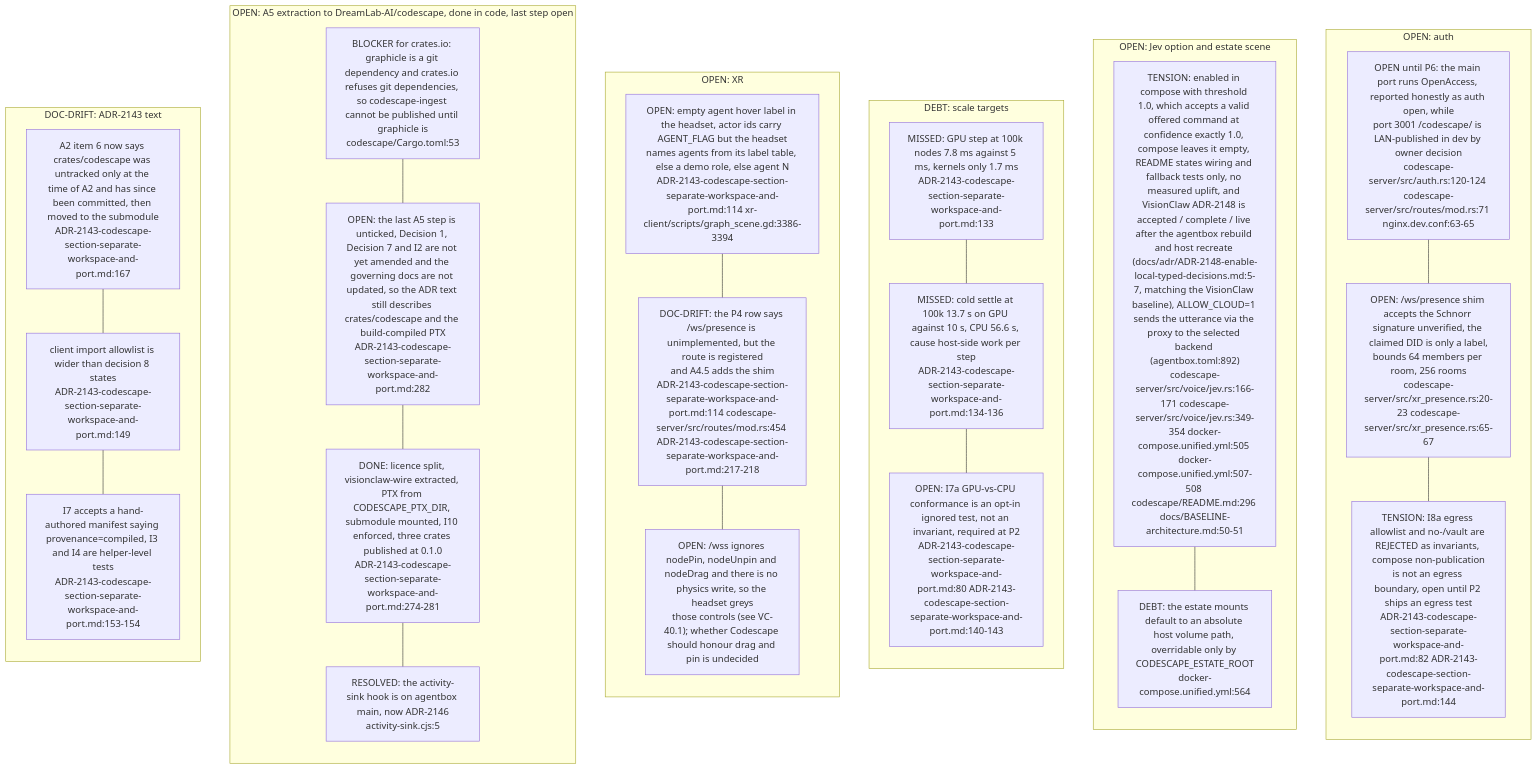
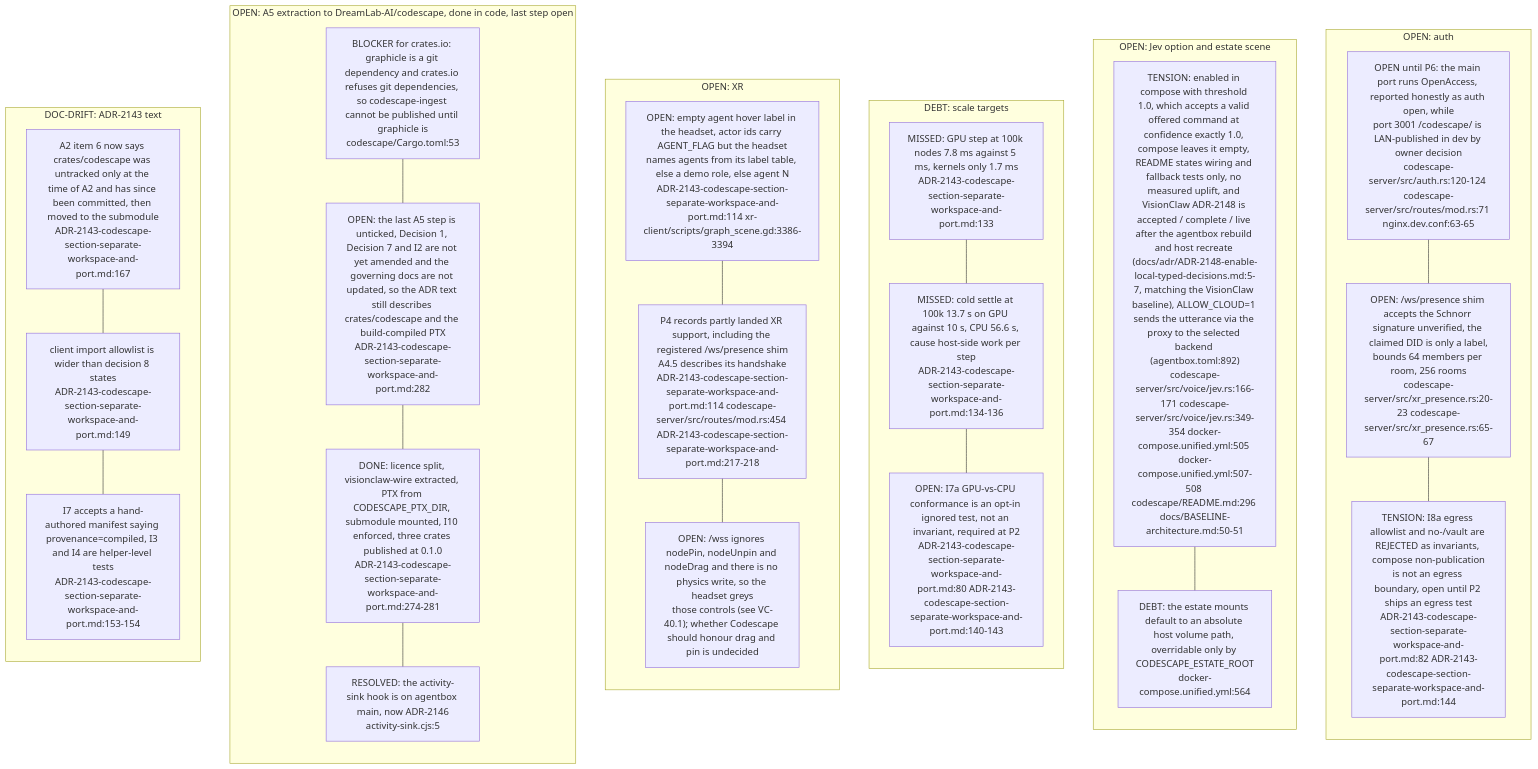
One commit to DreamLab-AI/VisionFlow changed the seventh of 7 diagrams in docs/diagrams/visionclaw/39-codescape.md. Above: the diagram before and after it, drawn with Mermaid. The commit also changed 21 other files, not shown here.

Commit message:
docs: audit Codescape presence and concurrent XR boundaries

````diff
--- a/docs/diagrams/visionclaw/39-codescape.md
+++ b/docs/diagrams/visionclaw/39-codescape.md
@@ -337,45 +337,45 @@
 ```mermaid
 flowchart TB
     subgraph SEC["OPEN: auth"]
         direction TB
         R1["OPEN until P6: the main port runs OpenAccess, reported honestly as auth open, while<br/>port 3001 /codescape/ is LAN-published in dev by owner decision<br/>codescape-server/src/auth.rs:120-124 codescape-server/src/routes/mod.rs:71 nginx.dev.conf:63-65"]
         R2["OPEN: /ws/presence shim accepts the Schnorr signature unverified, the claimed DID is only a label,<br/>bounds 64 members per room, 256 rooms<br/>codescape-server/src/xr_presence.rs:20-23 codescape-server/src/xr_presence.rs:65-67"]
         R3["TENSION: I8a egress allowlist and no-/vault are REJECTED as invariants, compose non-publication<br/>is not an egress boundary, open until P2 ships an egress test<br/>ADR-2143-codescape-section-separate-workspace-and-port.md:82 ADR-2143-codescape-section-separate-workspace-and-port.md:144"]
         R1 --- R2 --- R3
     end
     subgraph JEVG["OPEN: Jev option and estate scene"]
         direction TB
         J1["TENSION: enabled in compose with threshold 1.0, which accepts a valid offered command at confidence exactly 1.0, compose leaves it empty, README states wiring and fallback tests only, no measured uplift, and VisionClaw ADR-2148 is accepted / complete / live after the agentbox rebuild and host recreate (docs/adr/ADR-2148-enable-local-typed-decisions.md:5-7, matching the VisionClaw baseline), ALLOW_CLOUD=1 sends the utterance via the proxy to the selected backend (agentbox.toml:892)<br/>codescape-server/src/voice/jev.rs:166-171 codescape-server/src/voice/jev.rs:349-354 docker-compose.unified.yml:505 docker-compose.unified.yml:507-508 codescape/README.md:296 docs/BASELINE-architecture.md:50-51"]
         J2["DEBT: the estate mounts default to an absolute host volume path, overridable only by CODESCAPE_ESTATE_ROOT<br/>docker-compose.unified.yml:564"]
         J1 --- J2
     end
     subgraph PERF["DEBT: scale targets"]
         direction TB
         P1["MISSED: GPU step at 100k nodes 7.8 ms against 5 ms, kernels only 1.7 ms<br/>ADR-2143-codescape-section-separate-workspace-and-port.md:133"]
         P2["MISSED: cold settle at 100k 13.7 s on GPU against 10 s, CPU 56.6 s, cause host-side work per step<br/>ADR-2143-codescape-section-separate-workspace-and-port.md:134-136"]
         P3["OPEN: I7a GPU-vs-CPU conformance is an opt-in ignored test, not an invariant, required at P2<br/>ADR-2143-codescape-section-separate-workspace-and-port.md:80 ADR-2143-codescape-section-separate-workspace-and-port.md:140-143"]
         P1 --- P2 --- P3
     end
     subgraph XRG["OPEN: XR"]
         direction TB
         X1["OPEN: empty agent hover label in the headset, actor ids carry AGENT_FLAG but the headset<br/>names agents from its label table, else a demo role, else agent N<br/>ADR-2143-codescape-section-separate-workspace-and-port.md:114 xr-client/scripts/graph_scene.gd:3386-3394"]
-        X2["DOC-DRIFT: the P4 row says /ws/presence is unimplemented, but the route is registered<br/>and A4.5 adds the shim<br/>ADR-2143-codescape-section-separate-workspace-and-port.md:114 codescape-server/src/routes/mod.rs:454 ADR-2143-codescape-section-separate-workspace-and-port.md:217-218"]
+        X2["P4 records partly landed XR support, including the registered /ws/presence shim<br/>A4.5 describes its handshake<br/>ADR-2143-codescape-section-separate-workspace-and-port.md:114 codescape-server/src/routes/mod.rs:454 ADR-2143-codescape-section-separate-workspace-and-port.md:217-218"]
         X3["OPEN: /wss ignores nodePin, nodeUnpin and nodeDrag and there is no physics write, so the headset greys<br/>those controls (see VC-40.1); whether Codescape should honour drag and pin is undecided"]
         X1 --- X2 --- X3
     end
     subgraph EXT["OPEN: A5 extraction to DreamLab-AI/codescape, done in code, last step open"]
         direction TB
         E1["BLOCKER for crates.io: graphicle is a git dependency and crates.io refuses git dependencies, so codescape-ingest cannot be published until graphicle is<br/>codescape/Cargo.toml:53"]
         E2["OPEN: the last A5 step is unticked, Decision 1, Decision 7 and I2 are not yet amended and the governing docs are not updated, so the ADR text still describes crates/codescape and the build-compiled PTX<br/>ADR-2143-codescape-section-separate-workspace-and-port.md:282"]
         E3["DONE: licence split, visionclaw-wire extracted, PTX from CODESCAPE_PTX_DIR, submodule mounted, I10 enforced, three crates published at 0.1.0<br/>ADR-2143-codescape-section-separate-workspace-and-port.md:274-281"]
         E4["RESOLVED: the activity-sink hook is on agentbox main, now ADR-2146<br/>activity-sink.cjs:5"]
         E1 --- E2 --- E3 --- E4
     end
     subgraph DR["DOC-DRIFT: ADR-2143 text"]
         direction TB
         D1["A2 item 6 now says crates/codescape was untracked only at the time of A2 and has since been committed, then moved to the submodule<br/>ADR-2143-codescape-section-separate-workspace-and-port.md:167"]
         D2["client import allowlist is wider than decision 8 states<br/>ADR-2143-codescape-section-separate-workspace-and-port.md:149"]
         D3["I7 accepts a hand-authored manifest saying provenance=compiled, I3 and I4 are helper-level tests<br/>ADR-2143-codescape-section-separate-workspace-and-port.md:153-154"]
         D1 --- D2 --- D3
     end
 ```
````
